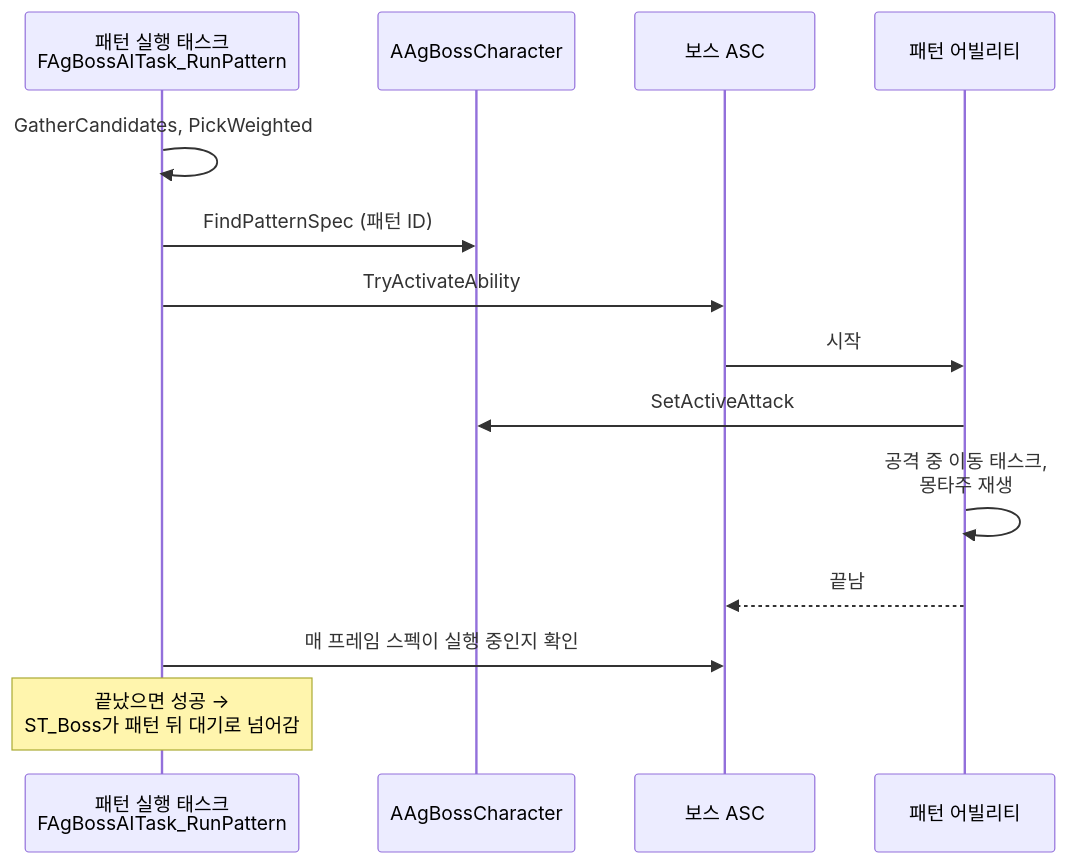
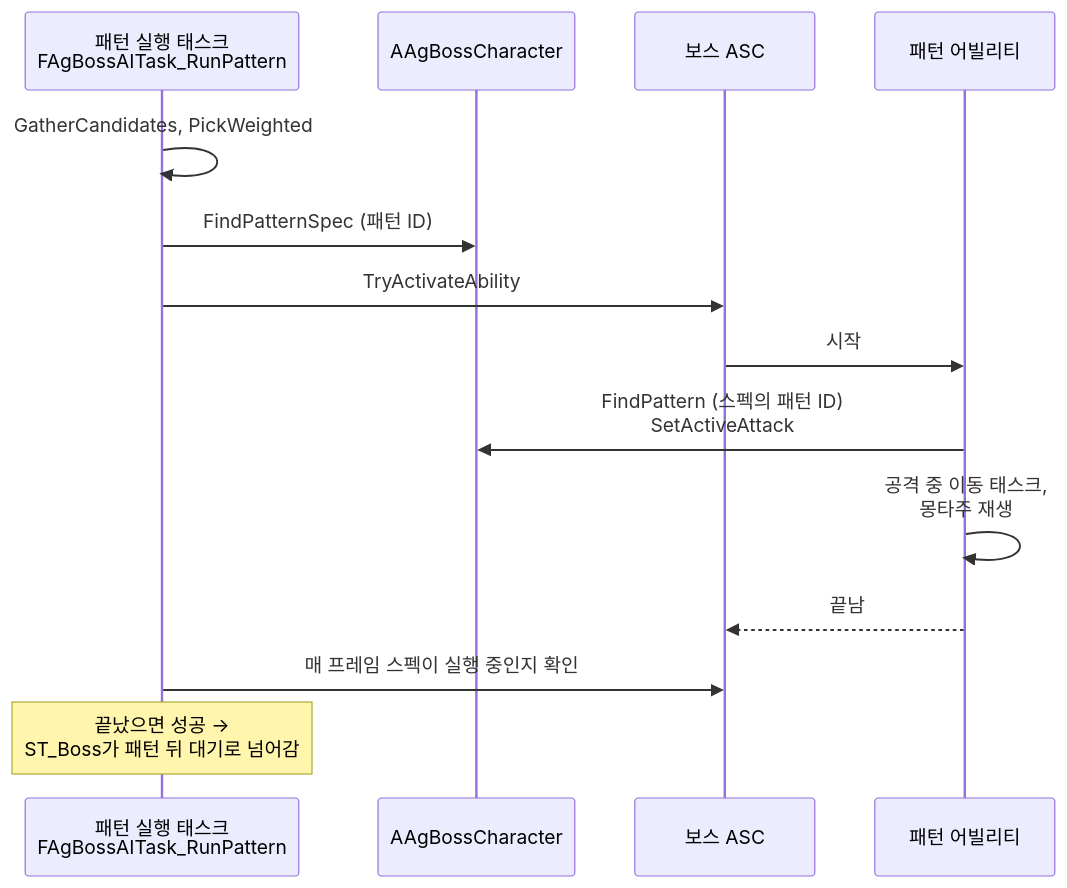
One commit to Woogl/Ag changed diagram 20 of 21 in Docs/Program/클래스 구조도.md. Above: the diagram before and after it, drawn with Mermaid. The commit also changed other lines of this file and 122 other files, not shown here.

````diff
--- a/Docs/Program/클래스 구조도.md
+++ b/Docs/Program/클래스 구조도.md
@@ -657,16 +745,16 @@
 ```mermaid
 sequenceDiagram
     participant T as 패턴 실행 태스크<br>FAgBossAITask_RunPattern
     participant B as AAgBossCharacter
     participant ASC as 보스 ASC
     participant GA as 패턴 어빌리티
     T->>T: GatherCandidates, PickWeighted
     T->>B: FindPatternSpec (패턴 ID)
     T->>ASC: TryActivateAbility
     ASC->>GA: 시작
-    GA->>B: SetActiveAttack
+    GA->>B: FindPattern (스펙의 패턴 ID)<br>SetActiveAttack
     GA->>GA: 공격 중 이동 태스크,<br>몽타주 재생
     GA-->>ASC: 끝남
     T->>ASC: 매 프레임 스펙이 실행 중인지 확인
     Note over T: 끝났으면 성공 →<br>ST_Boss가 패턴 뒤 대기로 넘어감
 ```
````
